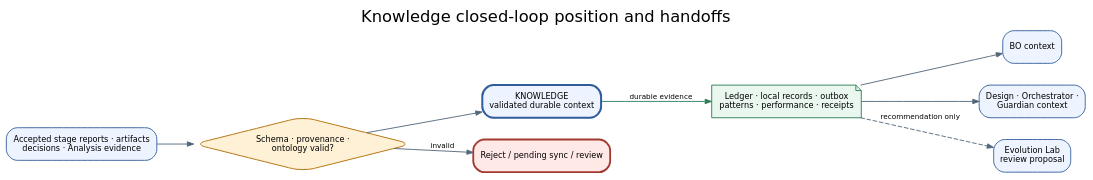
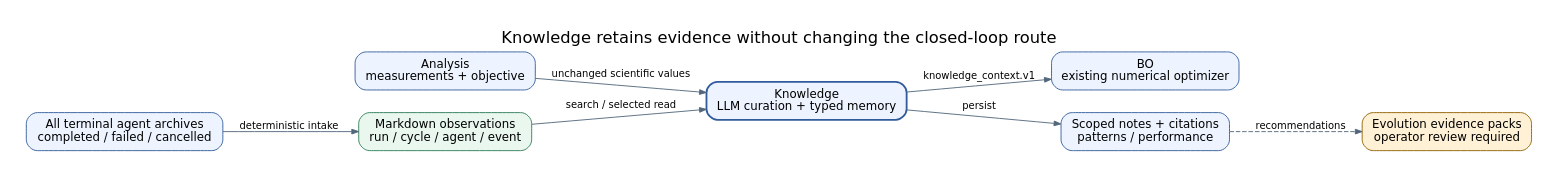
The diagram in docs/agents/assets/figures/knowledge_01_closed_loop_handoffs.dot (JIN9811/autonomous_researcher), drawn with Graphviz before and after one commit. The commit also changed 49 other files, not shown here.

First line of the commit message:
feat(knowledge): add ontology-scoped Markdown memory and LLM tool decisions

```diff
--- a/docs/agents/assets/figures/knowledge_01_closed_loop_handoffs.dot
+++ b/docs/agents/assets/figures/knowledge_01_closed_loop_handoffs.dot
@@ -1,19 +1,18 @@
 digraph knowledge_closed_loop_handoffs {
-  graph [rankdir=LR, bgcolor="transparent", pad="0.25", nodesep="0.34", ranksep="0.55", fontname="DejaVu Sans", label="Knowledge closed-loop position and handoffs", labelloc="t", fontsize=18];
-  node [shape=box, style="rounded,filled", fillcolor="#EEF4FF", color="#315C9B", fontname="DejaVu Sans", fontsize=9, margin="0.10,0.07"];
-  edge [color="#52667A", fontname="DejaVu Sans", fontsize=8, arrowsize=0.7];
-  inputs [label="Accepted stage reports · artifacts\ndecisions · Analysis evidence"];
-  knowledge [label="KNOWLEDGE\nvalidated durable context", penwidth=2.2];
-  gate [label="Schema · provenance ·\nontology valid?", shape=diamond, fillcolor="#FFF1D6", color="#B26A00"];
-  durable [label="Ledger · local records · outbox\npatterns · performance · receipts", shape=note, fillcolor="#E9F7EF", color="#2E7D59"];
-  bo [label="BO context"];
-  control [label="Design · Orchestrator ·\nGuardian context"];
-  evolution [label="Evolution Lab\nreview proposal"];
-  reject [label="Reject / pending sync / review", fillcolor="#FFE9E7", color="#A33A32", penwidth=2];
-  inputs -> gate -> knowledge;
-  gate -> reject [label="invalid"];
-  knowledge -> durable [label="durable evidence", color="#2E7D59"];
-  durable -> bo;
-  durable -> control;
-  durable -> evolution [style=dashed, label="recommendation only"];
+  graph [rankdir=LR, bgcolor="white", pad="0.3", nodesep="0.35", ranksep="0.48", fontname="DejaVu Sans", fontsize=18, label="Knowledge retains evidence without changing the closed-loop route", labelloc=t];
+  node [shape=box, style="rounded,filled", fillcolor="#EEF4FF", color="#315C9B", fontname="DejaVu Sans", fontsize=13, margin="0.13,0.1"];
+  edge [color="#52667A", fontname="DejaVu Sans", fontsize=11, arrowsize=0.75];
+  analysis [label="Analysis\nmeasurements + objective"];
+  knowledge [label="Knowledge\nLLM curation + typed memory", penwidth=2];
+  bo [label="BO\nexisting numerical optimizer"];
+  archive [label="All terminal agent archives\ncompleted / failed / cancelled"];
+  md [label="Markdown observations\nrun / cycle / agent / event", fillcolor="#E9F7EF", color="#2E7D59"];
+  context [label="Scoped notes + citations\npatterns / performance"];
+  evolution [label="Evolution evidence packs\noperator review required", fillcolor="#FFF1D6", color="#916100"];
+  analysis -> knowledge [label="unchanged scientific values"];
+  knowledge -> bo [label="knowledge_context.v1"];
+  archive -> md [label="deterministic intake"];
+  md -> knowledge [label="search / selected read"];
+  knowledge -> context [label="persist"];
+  context -> evolution [style=dashed, label="recommendations"];
 }
```
